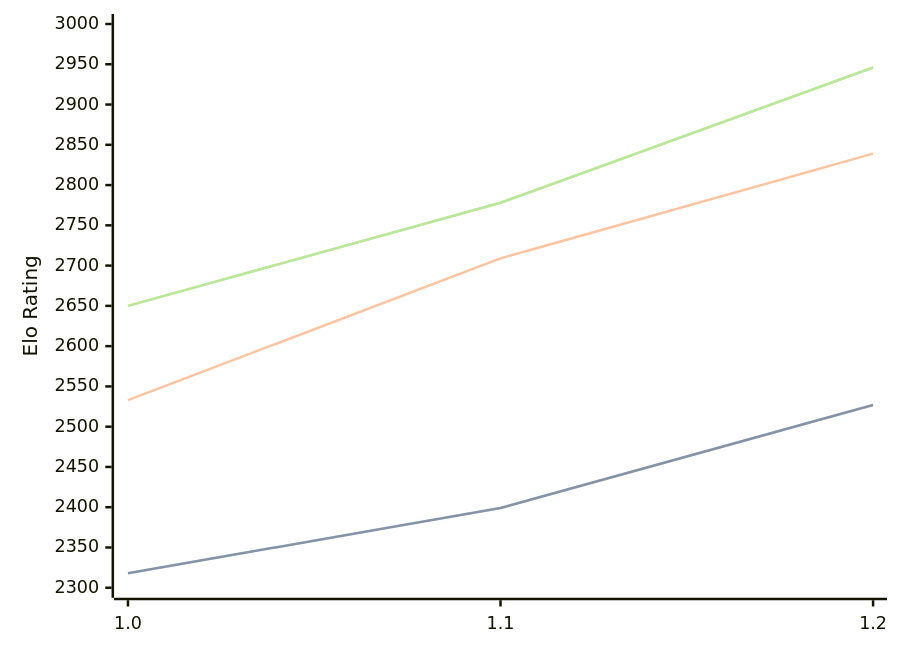
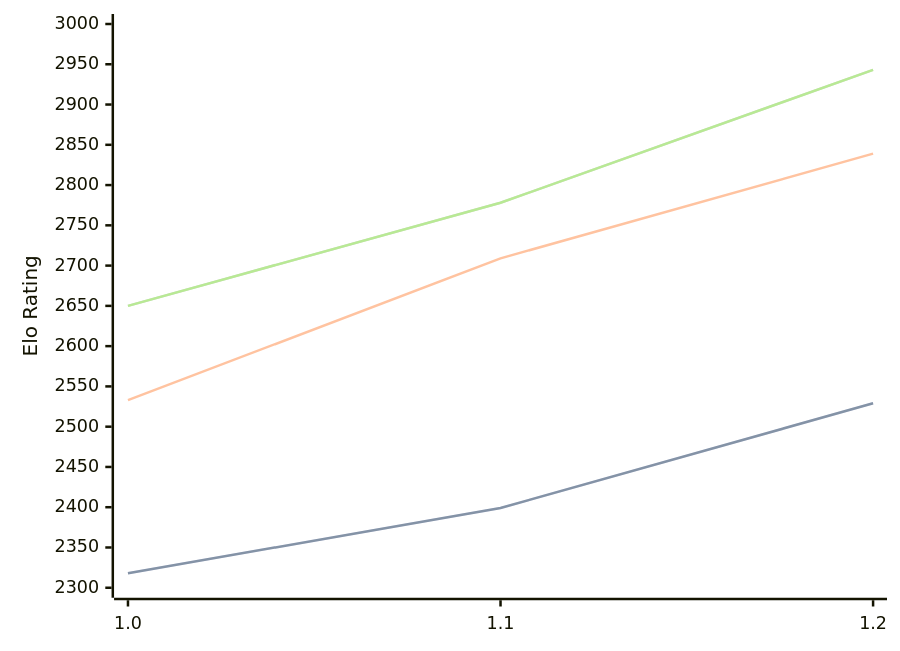
The diagram in engines/FoxChess.md (computer-chess-index/cci), drawn with Mermaid before and after one commit. The commit also changed other lines of this file, not shown here.

Commit message:
Update CCI Ratings (ELO VLTC) - 2026-09-11

````diff
--- a/engines/FoxChess.md
+++ b/engines/FoxChess.md
@@ -33,11 +33,11 @@
 ```mermaid
 %%{init: {"theme":"base","themeVariables":{"seriesColors:['#a3a3a3','#222221','#faa371']}}}%%
 xychart-beta
   x-axis ["1.0", "1.1", "1.2"]
   y-axis "Elo Rating" 2300 --> 3000
-  line "" [2318, 2399, 2527]
-  line "STC (8.0+0.08s)" [2318, 2399, 2527]
+  line "" [2318, 2399, 2529]
+  line "STC (8.0+0.08s)" [2318, 2399, 2529]
   line "LTC (60.0+0.60s)" [2533, 2709, 2839]
-  line "" [2650, 2778, 2946]
-  line "VLTC (2m24s+1.12s)" [2650, 2778, 2946]
+  line "" [2650, 2778, 2943]
+  line "VLTC (2m24s+1.12s)" [2650, 2778, 2943]
 ```
````
